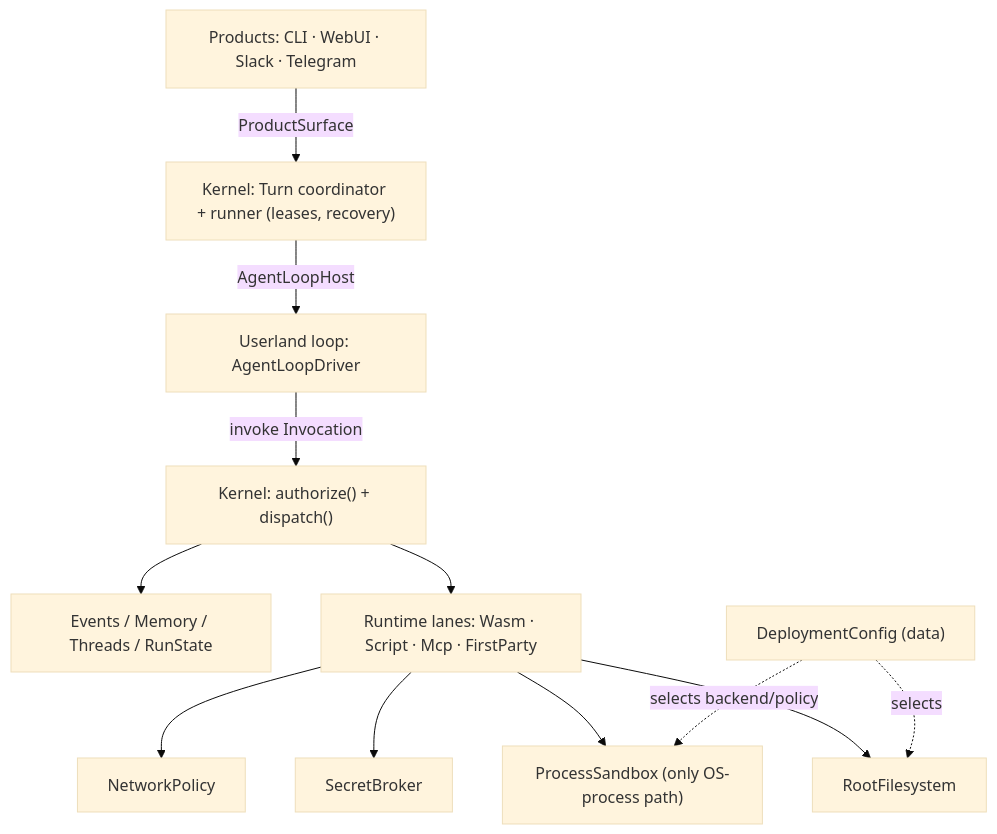
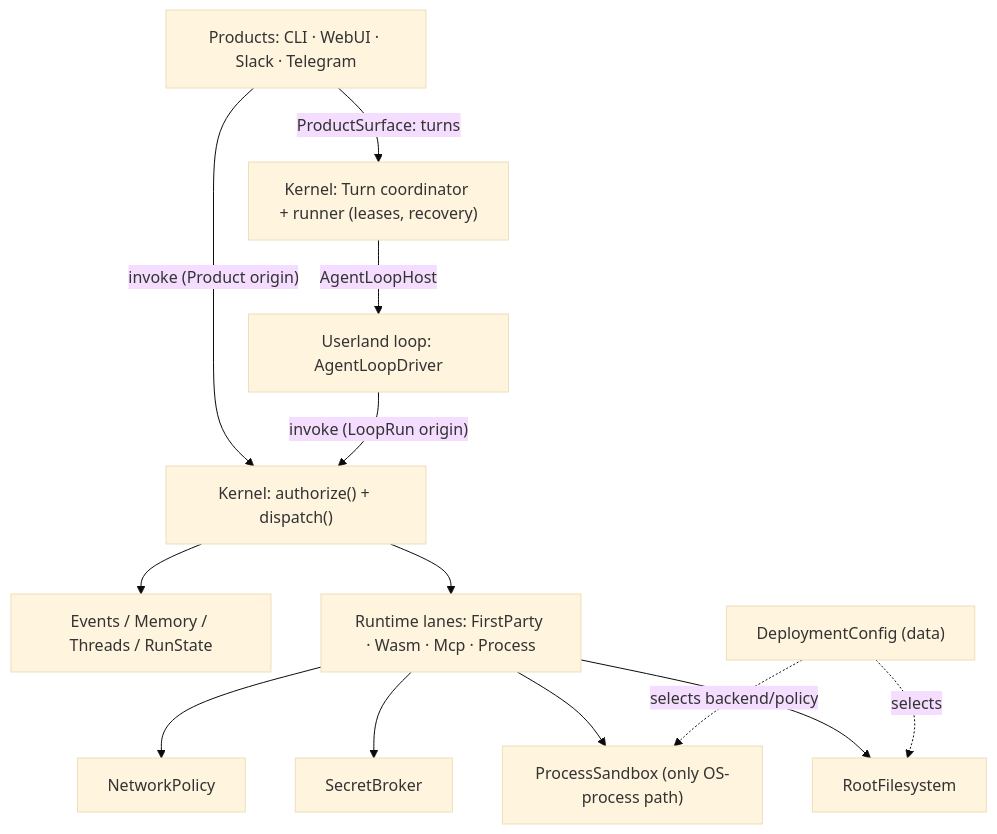
The diagram in docs/reborn/2026-07-17-architecture-simplification-dto-dyn-local.md (ceo1st/ironclaw), drawn with Mermaid (base theme) before and after one commit. The commit also changed other lines of this file, not shown here.

First line of the commit message:
docs(reborn): architecture-simplification r2–r7 — capability conduits, dynamic-capability gate contract, editorial dedup (#6208)

````diff
--- a/docs/reborn/2026-07-17-architecture-simplification-dto-dyn-local.md
+++ b/docs/reborn/2026-07-17-architecture-simplification-dto-dyn-local.md
@@ -724,26 +1288,27 @@
 ```mermaid
 flowchart TD
     P["Products: CLI · WebUI · Slack · Telegram"]
     TC["Kernel: Turn coordinator + runner (leases, recovery)"]
     CAP["Kernel: authorize() + dispatch()"]
     L["Userland loop: AgentLoopDriver"]
     FS["RootFilesystem"]
     PS["ProcessSandbox (only OS-process path)"]
     SB["SecretBroker"]
     NP["NetworkPolicy"]
     EV["Events / Memory / Threads / RunState"]
-    RL["Runtime lanes: Wasm · Script · Mcp · FirstParty"]
+    RL["Runtime lanes: FirstParty · Wasm · Mcp · Process"]
     CFG["DeploymentConfig (data)"]
 
-    P -->|ProductSurface| TC
+    P -->|ProductSurface: turns| TC
+    P -->|"invoke (Product origin)"| CAP
     TC -->|AgentLoopHost| L
-    L -->|invoke Invocation| CAP
+    L -->|"invoke (LoopRun origin)"| CAP
     CAP --> RL
     RL --> FS
     RL --> PS
     RL --> SB
     RL --> NP
     CAP --> EV
     CFG -. selects backend/policy .-> PS
     CFG -. selects .-> FS
 ```
````
